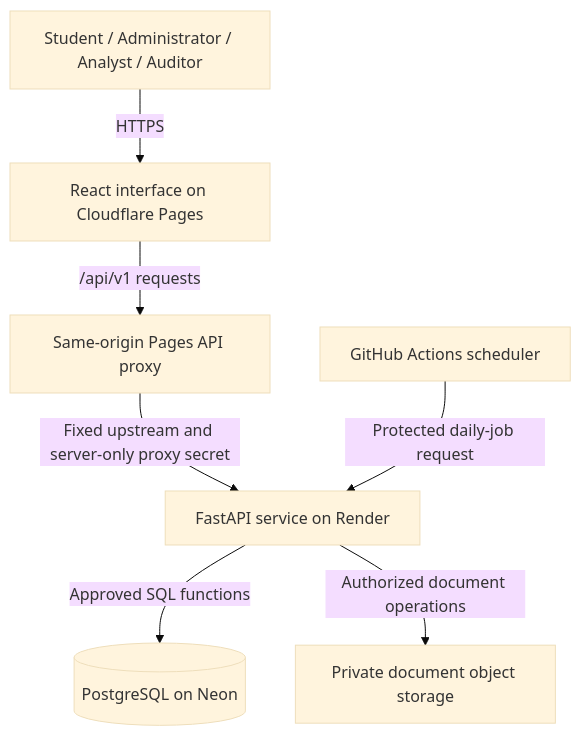
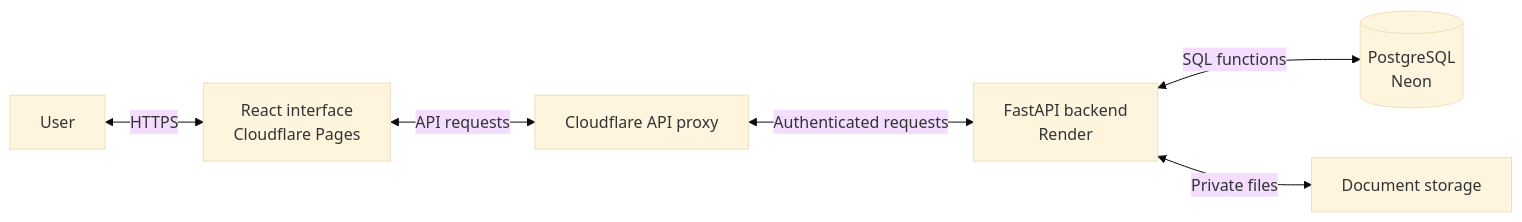
The first of 9 diagrams in PROJECT_REPORT.md (Gurkirat164/college-admission-management-system), drawn with Mermaid (base theme) before and after one commit. The commit also changed other lines of this file and 5 other files, not shown here.

````diff
--- a/PROJECT_REPORT.md
+++ b/PROJECT_REPORT.md
@@ -96,17 +46,8 @@
 ```mermaid
-flowchart TD
-    U[Student / Administrator / Analyst / Auditor]
-    F[React interface on Cloudflare Pages]
-    P[Same-origin Pages API proxy]
-    B[FastAPI service on Render]
-    D[(PostgreSQL on Neon)]
-    S[Private document object storage]
-    G[GitHub Actions scheduler]
-
-    U -->|HTTPS| F
-    F -->|/api/v1 requests| P
-    P -->|Fixed upstream and server-only proxy secret| B
-    B -->|Approved SQL functions| D
-    B -->|Authorized document operations| S
-    G -->|Protected daily-job request| B
+flowchart LR
+    U[User] <-->|HTTPS| F["React interface<br/>Cloudflare Pages"]
+    F <-->|API requests| P[Cloudflare API proxy]
+    P <-->|Authenticated requests| B["FastAPI backend<br/>Render"]
+    B <-->|SQL functions| D[("PostgreSQL<br/>Neon")]
+    B <-->|Private files| S[Document storage]
 ```
````
